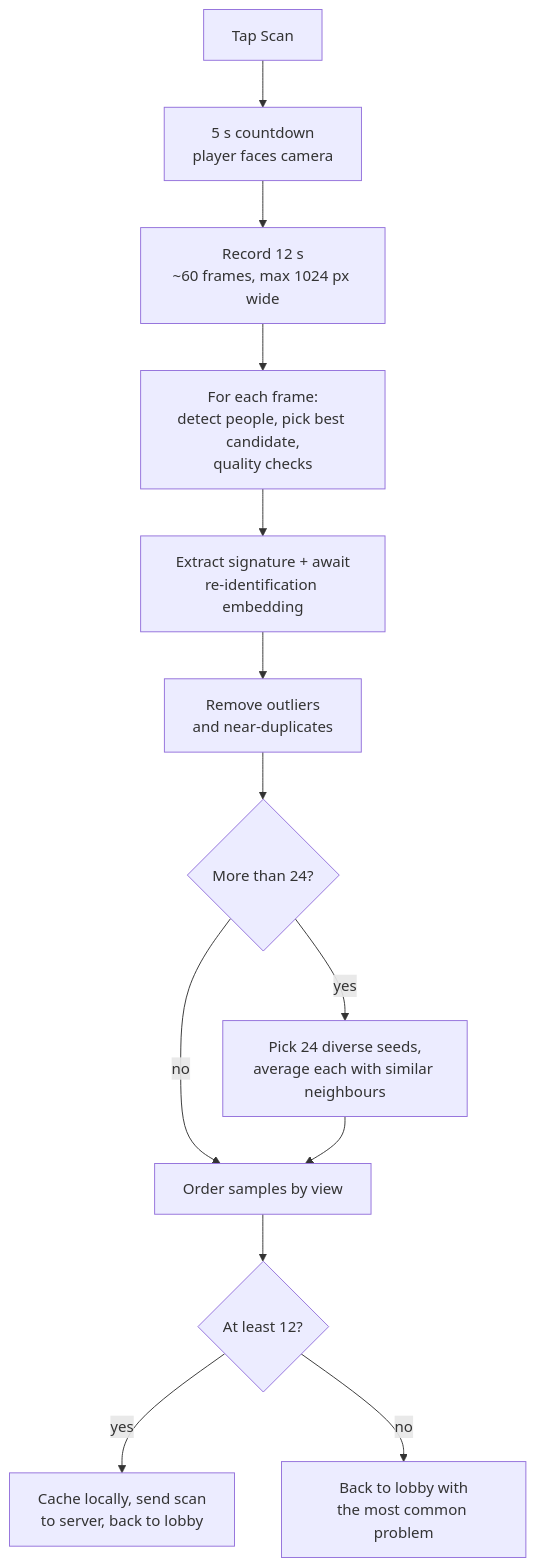
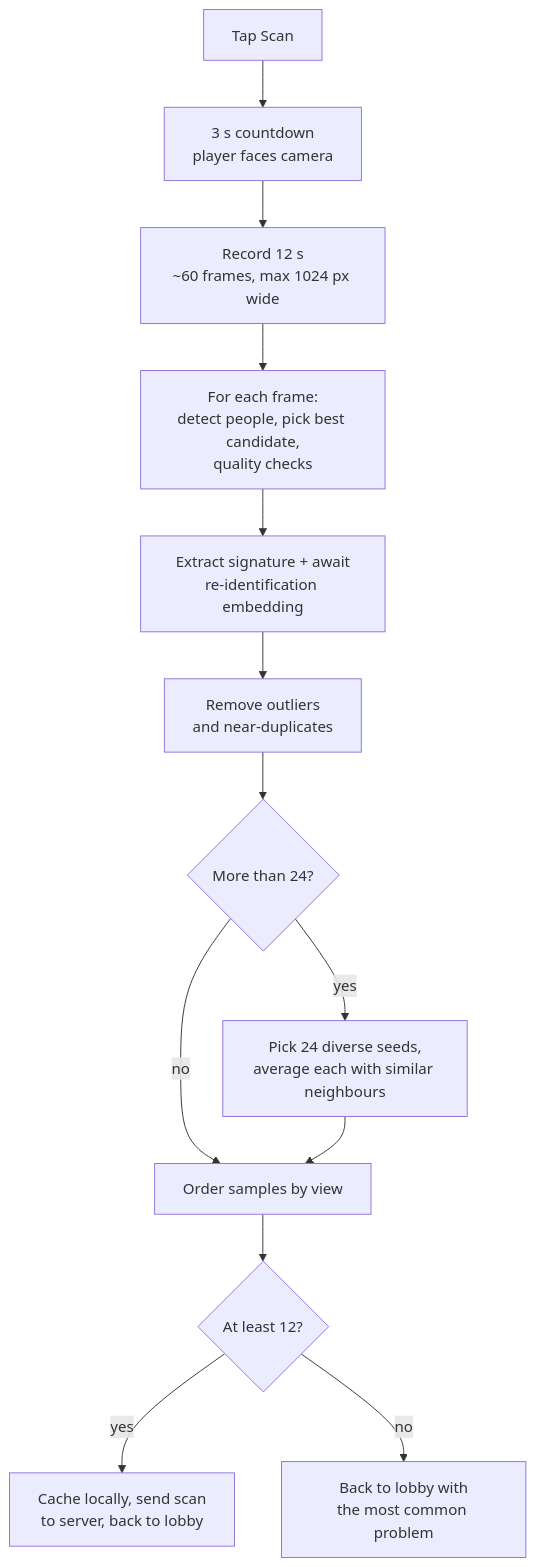
Before and after one commit to Basiliskenzahn/Laser-Tag: the diagram in docs/client/scanning.md, drawn with Mermaid. The commit also changed other lines of this file and 3 other files, not shown here.

First line of the commit message:
scan.js: reduce the pre-recording countdown to 3 seconds

````diff
--- a/docs/client/scanning.md
+++ b/docs/client/scanning.md
@@ -13,15 +13,15 @@
 ```mermaid
 flowchart TD
-  A[Tap Scan] --> B[5 s countdown<br/>player faces camera]
+  A[Tap Scan] --> B[3 s countdown<br/>player faces camera]
   B --> C[Record 12 s<br/>~60 frames, max 1024 px wide]
   C --> D[For each frame:<br/>detect people, pick best candidate,<br/>quality checks]
   D --> E[Extract signature + await<br/>re-identification embedding]
   E --> F[Remove outliers<br/>and near-duplicates]
   F --> G{More than 24?}
   G -- yes --> H[Pick 24 diverse seeds,<br/>average each with similar neighbours]
   G -- no --> I
   H --> I[Order samples by view]
   I --> J{At least 12?}
   J -- yes --> K[Cache locally, send scan<br/>to server, back to lobby]
   J -- no --> L[Back to lobby with<br/>the most common problem]
 ```
````
